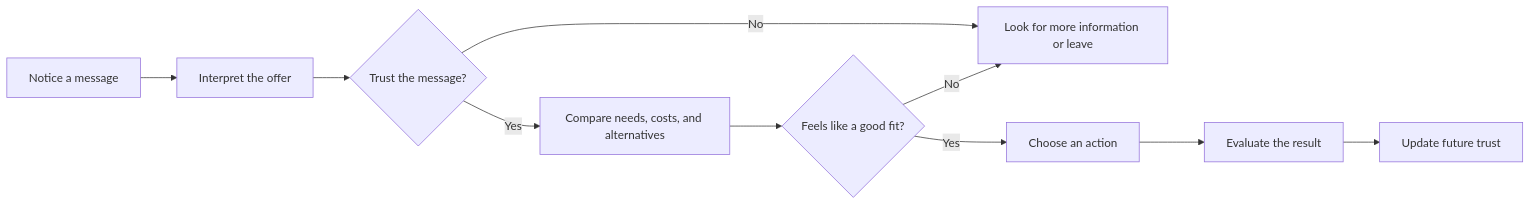
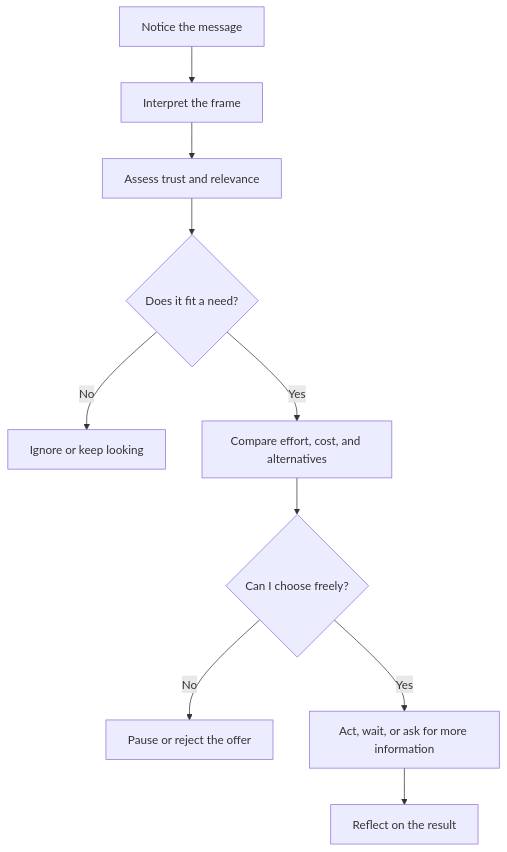
The diagram in book/01-persuasion.md (am2290445/is117_test), drawn with Mermaid before and after one commit. The commit also changed other lines of this file, not shown here.

````diff
--- a/book/01-persuasion.md
+++ b/book/01-persuasion.md
@@ -84,12 +84,12 @@
 ```mermaid
-flowchart LR
-    A[Notice a message] --> B[Interpret the offer]
-    B --> C{Trust the message?}
-    C -- No --> D[Look for more information or leave]
-    C -- Yes --> E[Compare needs, costs, and alternatives]
-    E --> F{Feels like a good fit?}
-    F -- No --> D
-    F -- Yes --> G[Choose an action]
-    G --> H[Evaluate the result]
-    H --> I[Update future trust]
+flowchart TD
+    A[Notice the message] --> B[Interpret the frame]
+    B --> C[Assess trust and relevance]
+    C --> D{Does it fit a need?}
+    D -->|No| E[Ignore or keep looking]
+    D -->|Yes| F[Compare effort, cost, and alternatives]
+    F --> G{Can I choose freely?}
+    G -->|No| H[Pause or reject the offer]
+    G -->|Yes| I[Act, wait, or ask for more information]
+    I --> J[Reflect on the result]
 ```
````
